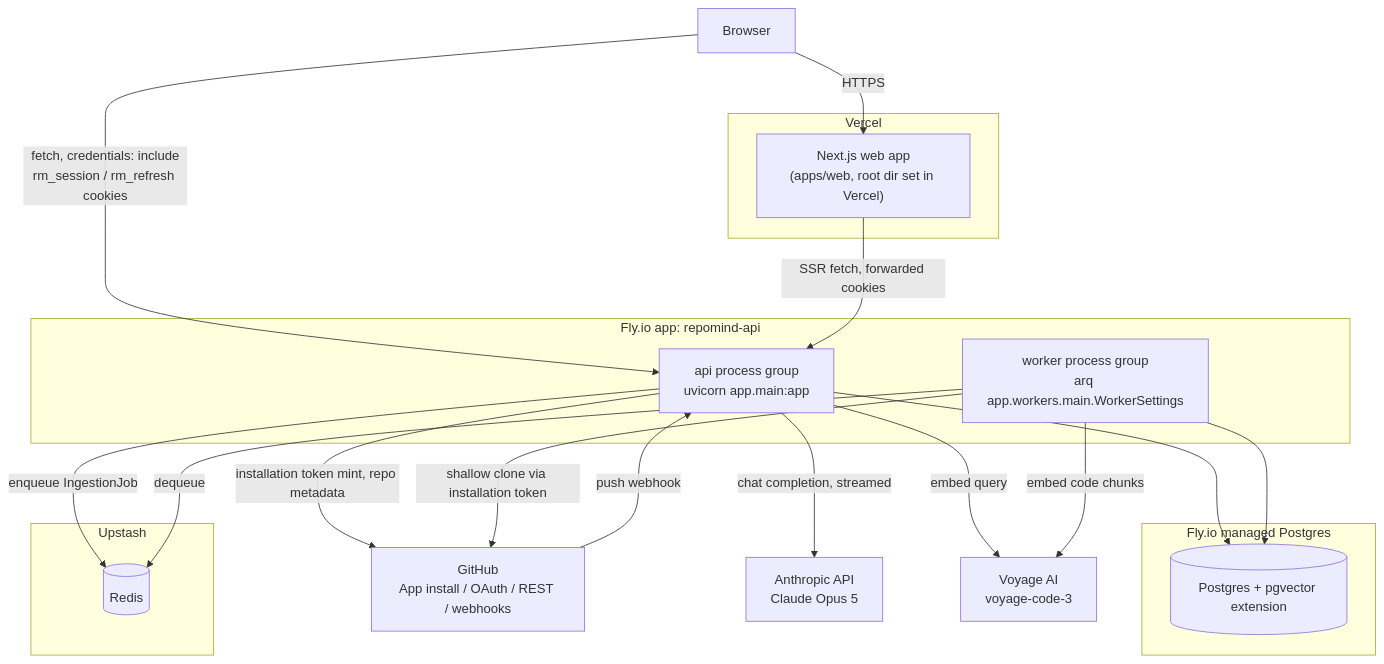
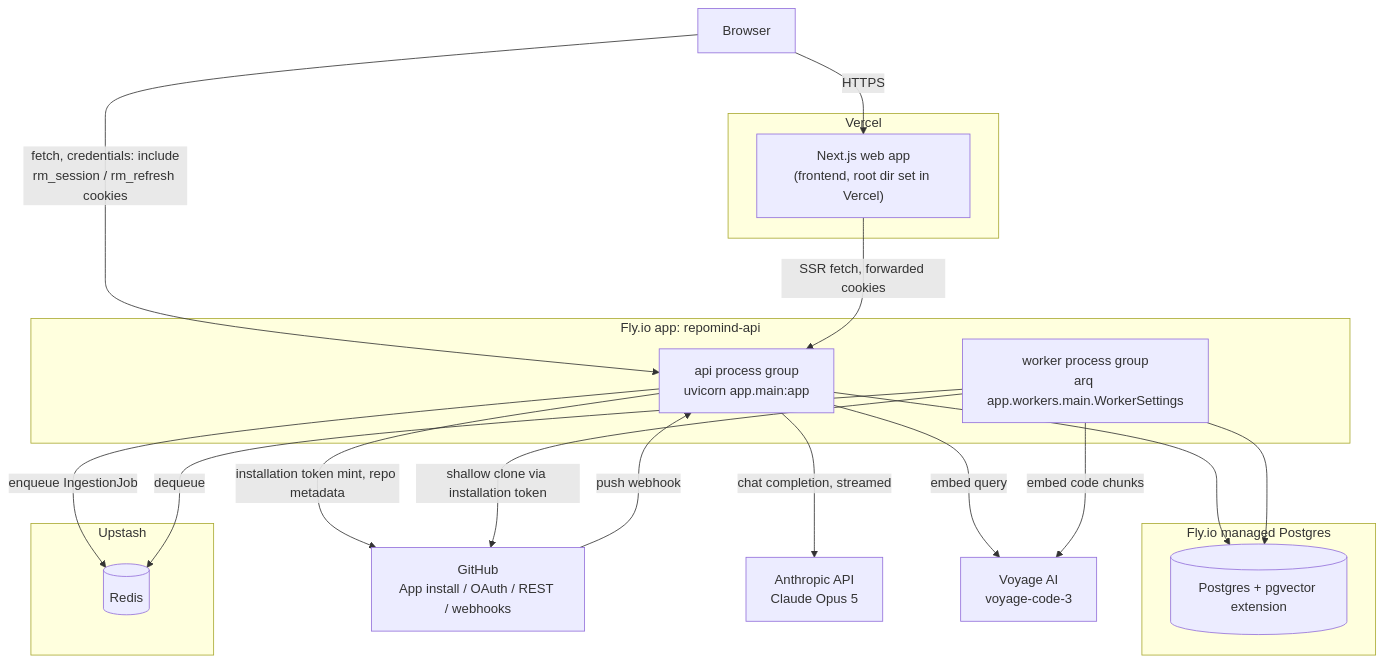
Before and after one commit to hasan-sakib/repomind: the diagram in docs/deployment/deployment.md, drawn with Mermaid. The commit also changed other lines of this file and 155 other files, not shown here.

````diff
--- a/docs/deployment/deployment.md
+++ b/docs/deployment/deployment.md
@@ -24,39 +24,39 @@
 ```mermaid
 graph TB
     Browser["Browser"]
 
     subgraph Vercel
-        Web["Next.js web app<br/>(apps/web, root dir set in Vercel)"]
+        Web["Next.js web app<br/>(frontend, root dir set in Vercel)"]
     end
 
     subgraph "Fly.io app: repomind-api"
         API["api process group<br/>uvicorn app.main:app"]
         Worker["worker process group<br/>arq app.workers.main.WorkerSettings"]
     end
 
     subgraph "Fly.io managed Postgres"
         PG[("Postgres + pgvector extension")]
     end
 
     subgraph Upstash
         Redis[("Redis")]
     end
 
     GH["GitHub<br/>App install / OAuth / REST / webhooks"]
     Anthropic["Anthropic API<br/>Claude Opus 5"]
     Voyage["Voyage AI<br/>voyage-code-3"]
 
     Browser -->|HTTPS| Web
     Browser -->|"fetch, credentials: include<br/>rm_session / rm_refresh cookies"| API
     Web -->|"SSR fetch, forwarded cookies"| API
     API --> PG
     Worker --> PG
     API -->|enqueue IngestionJob| Redis
     Worker -->|dequeue| Redis
     API -->|installation token mint, repo metadata| GH
     Worker -->|shallow clone via installation token| GH
     GH -->|push webhook| API
     API -->|chat completion, streamed| Anthropic
     API -->|embed query| Voyage
     Worker -->|embed code chunks| Voyage
 ```
````
